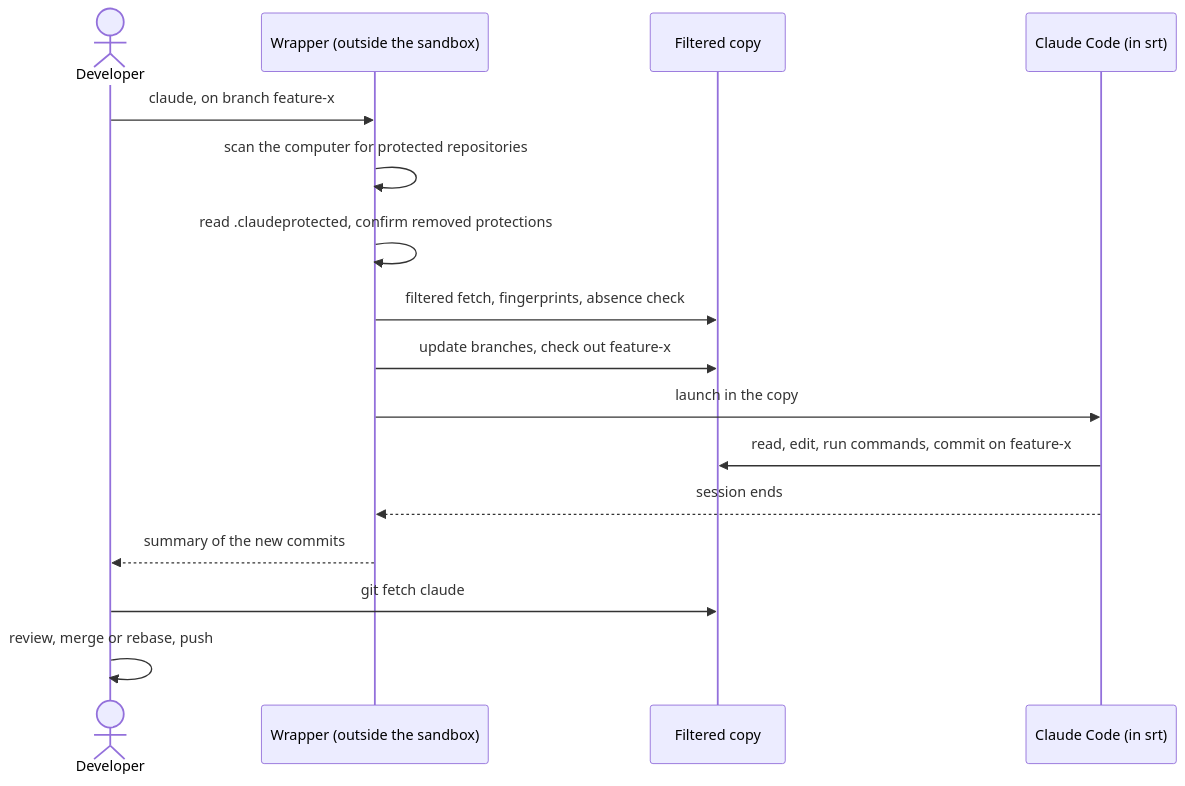
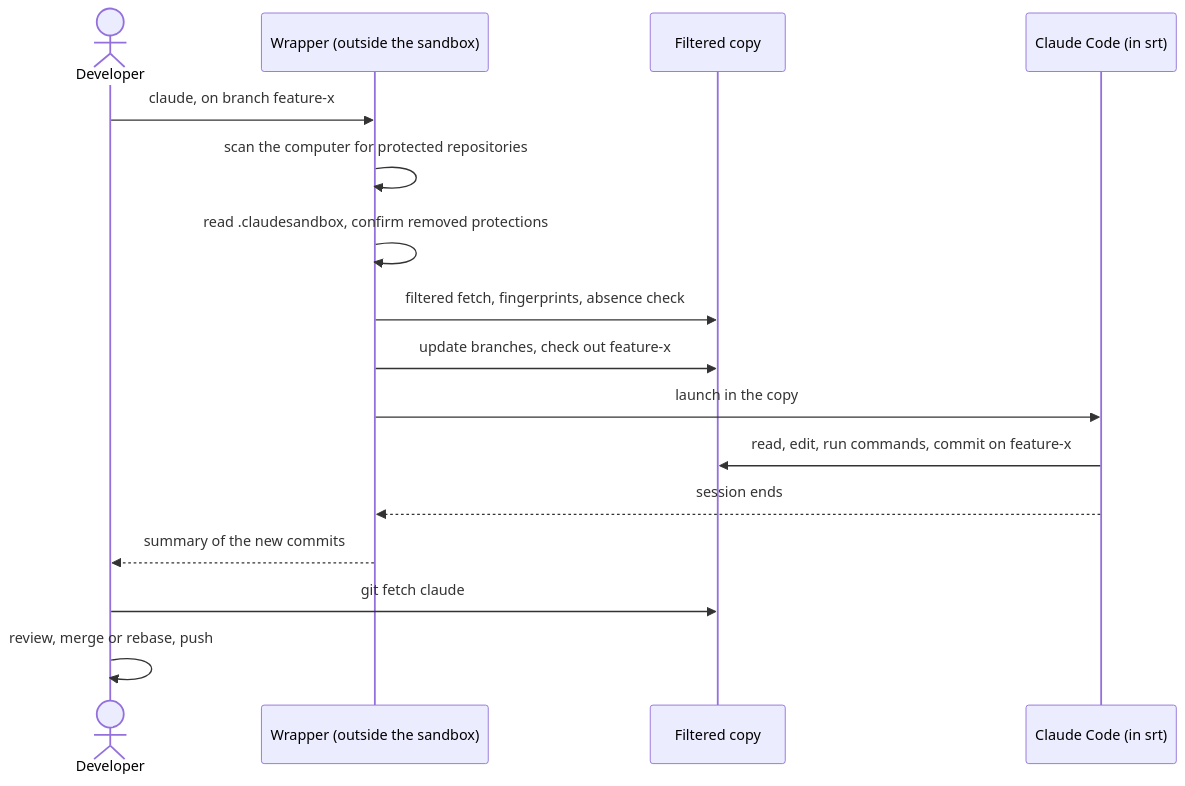
Before and after one commit to Lenstra/claude-secure-sandbox: the third of 4 diagrams in docs/ARCHITECTURE.md, drawn with Mermaid. The commit also changed other lines of this file and 18 other files, not shown here.

````diff
--- a/docs/ARCHITECTURE.md
+++ b/docs/ARCHITECTURE.md
@@ -349,18 +390,18 @@
 ```mermaid
 sequenceDiagram
   actor Dev as Developer
   participant W as Wrapper (outside the sandbox)
   participant K as Filtered copy
   participant C as Claude Code (in srt)
   Dev->>W: claude, on branch feature-x
   W->>W: scan the computer for protected repositories
-  W->>W: read .claudeprotected, confirm removed protections
+  W->>W: read .claudesandbox, confirm removed protections
   W->>K: filtered fetch, fingerprints, absence check
   W->>K: update branches, check out feature-x
   W->>C: launch in the copy
   C->>K: read, edit, run commands, commit on feature-x
   C-->>W: session ends
   W-->>Dev: summary of the new commits
   Dev->>K: git fetch claude
   Dev->>Dev: review, merge or rebase, push
 ```
````
